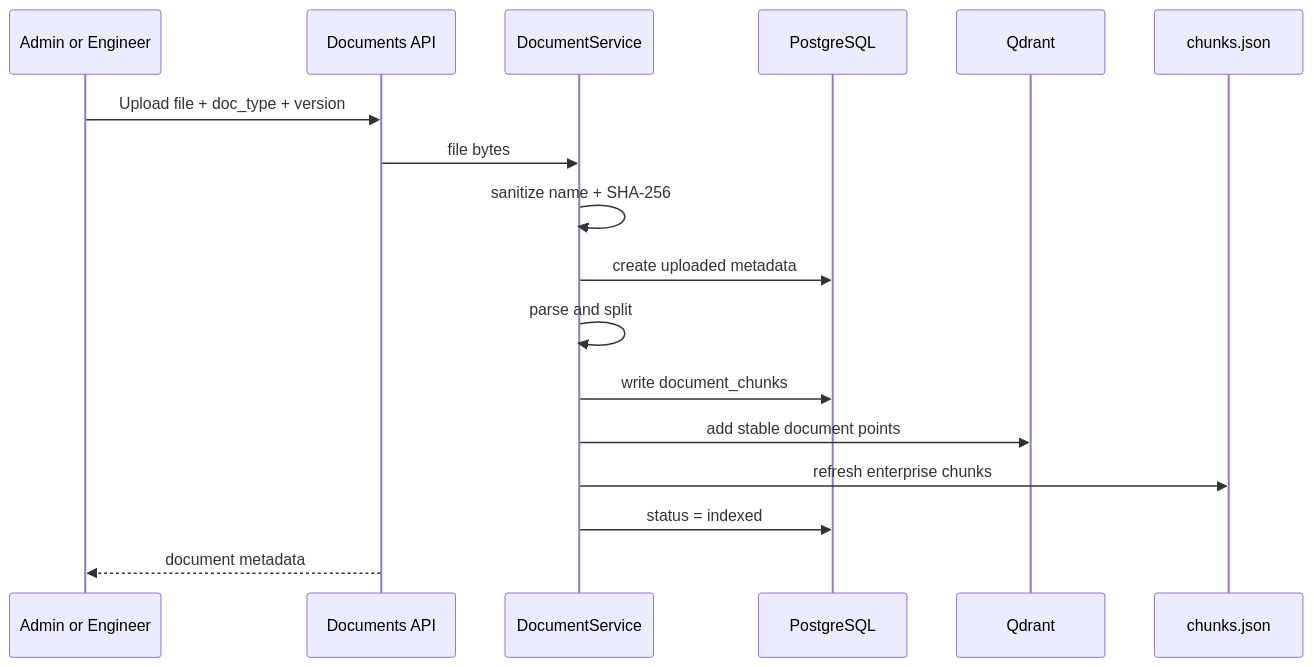
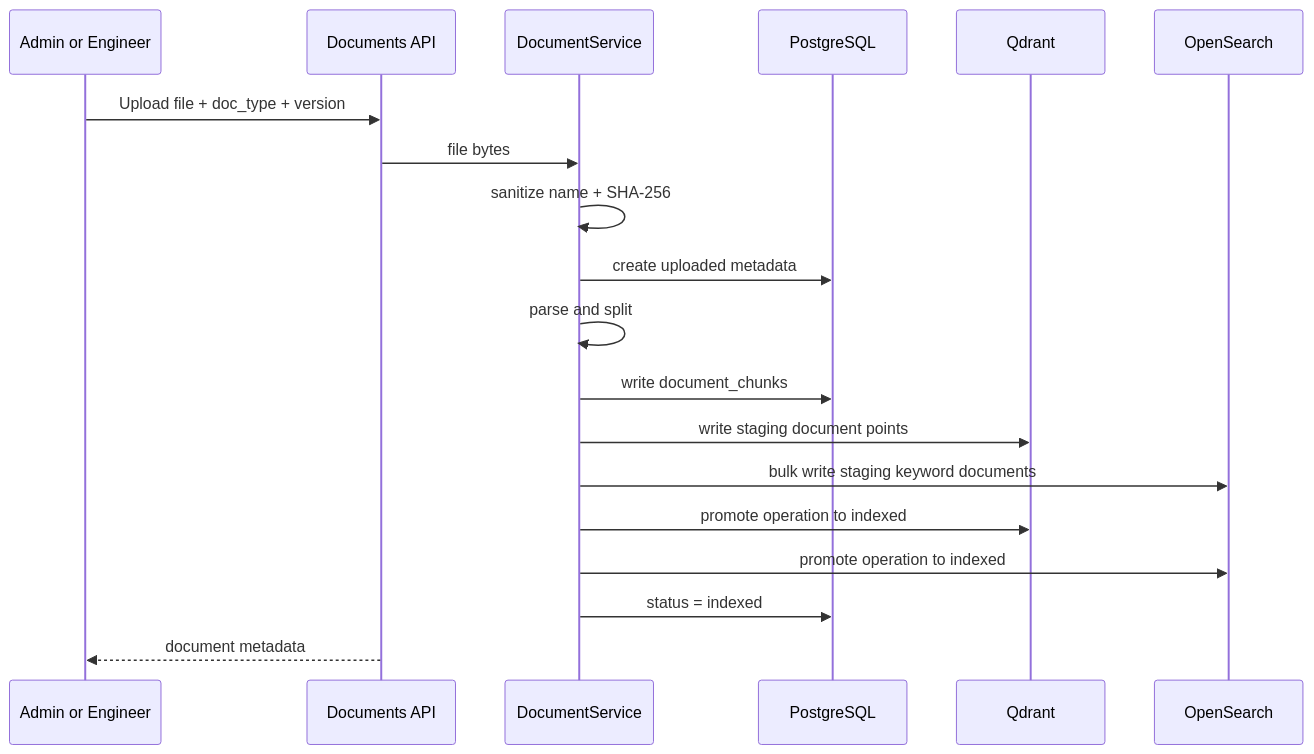
The fourth of 5 diagrams in docs/architecture.md (nwxshm-ylj/Industrial-Quality-Agentic-RAG-Assistant), drawn with Mermaid before and after one commit. The commit also changed other lines of this file and 42 other files, not shown here.

```diff
--- a/docs/architecture.md
+++ b/docs/architecture.md
@@ -166,20 +167,22 @@
 ~~~mermaid
 sequenceDiagram
     participant U as Admin or Engineer
     participant API as Documents API
     participant DS as DocumentService
     participant PG as PostgreSQL
     participant QD as Qdrant
-    participant BM as chunks.json
+    participant OS as OpenSearch
 
     U->>API: Upload file + doc_type + version
     API->>DS: file bytes
     DS->>DS: sanitize name + SHA-256
     DS->>PG: create uploaded metadata
     DS->>DS: parse and split
     DS->>PG: write document_chunks
-    DS->>QD: add stable document points
-    DS->>BM: refresh enterprise chunks
+    DS->>QD: write staging document points
+    DS->>OS: bulk write staging keyword documents
+    DS->>QD: promote operation to indexed
+    DS->>OS: promote operation to indexed
     DS->>PG: status = indexed
     API-->>U: document metadata
 ~~~
```
